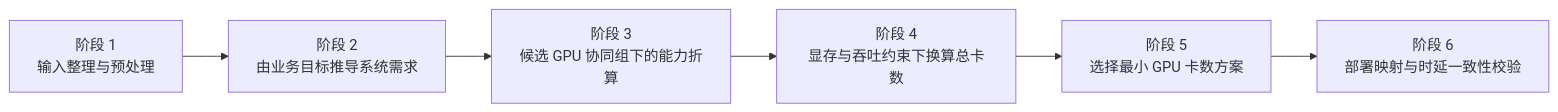
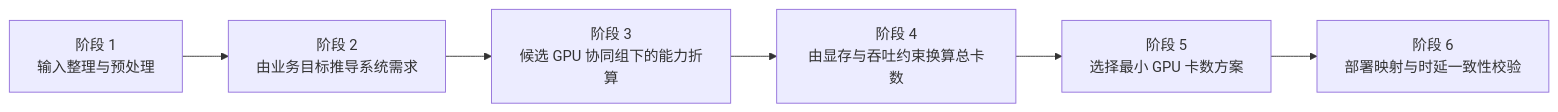
One commit to exitNA/llm_gpu_inference_calc changed the diagram in docs/llm_gpu_inference_calc.md. Above: the diagram before and after it, drawn with Mermaid. The commit also changed other lines of this file, not shown here.

````diff
--- a/docs/llm_gpu_inference_calc.md
+++ b/docs/llm_gpu_inference_calc.md
@@ -54,11 +54,11 @@
 ```mermaid
 flowchart LR
     A[阶段 1<br/>输入整理与预处理]
     B[阶段 2<br/>由业务目标推导系统需求]
     C[阶段 3<br/>候选 GPU 协同组下的能力折算]
-    D[阶段 4<br/>显存与吞吐约束下换算总卡数]
+    D[阶段 4<br/>由显存与吞吐约束换算总卡数]
     E[阶段 5<br/>选择最小 GPU 卡数方案]
     F[阶段 6<br/>部署映射与时延一致性校验]
 
     A --> B --> C --> D --> E --> F
 ```
````
